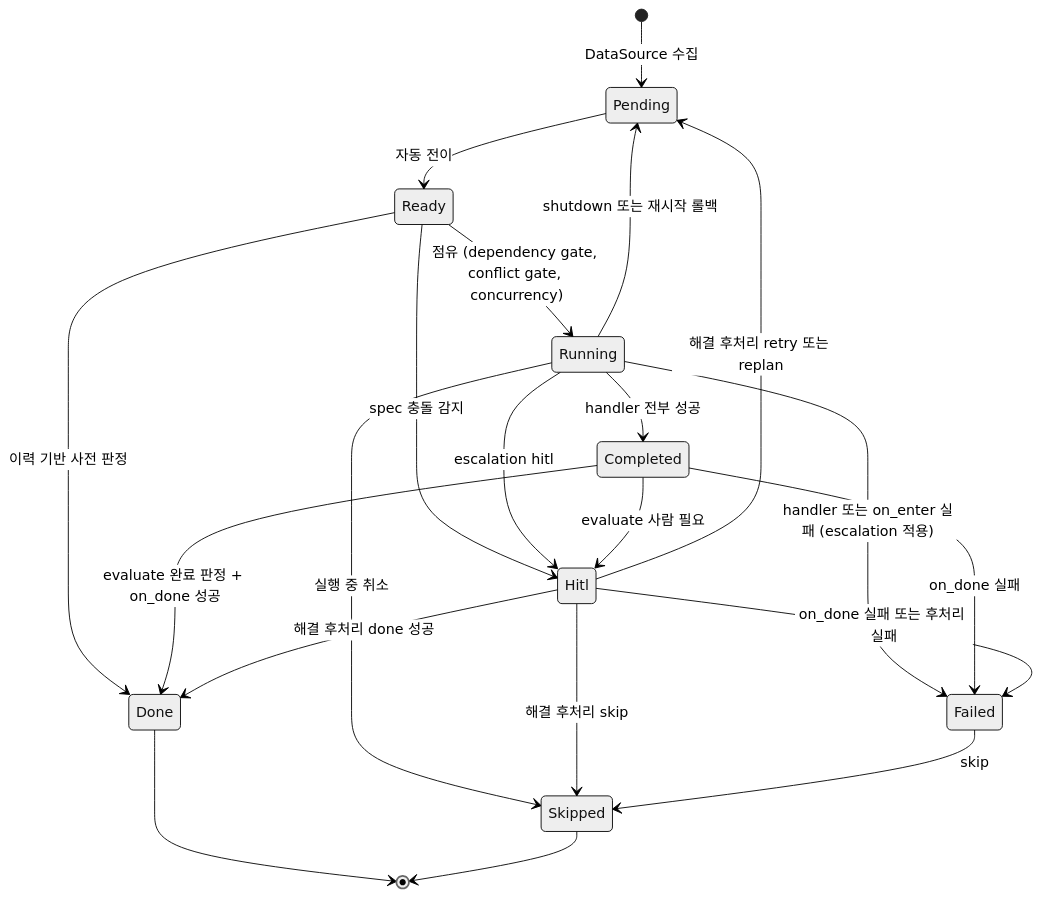
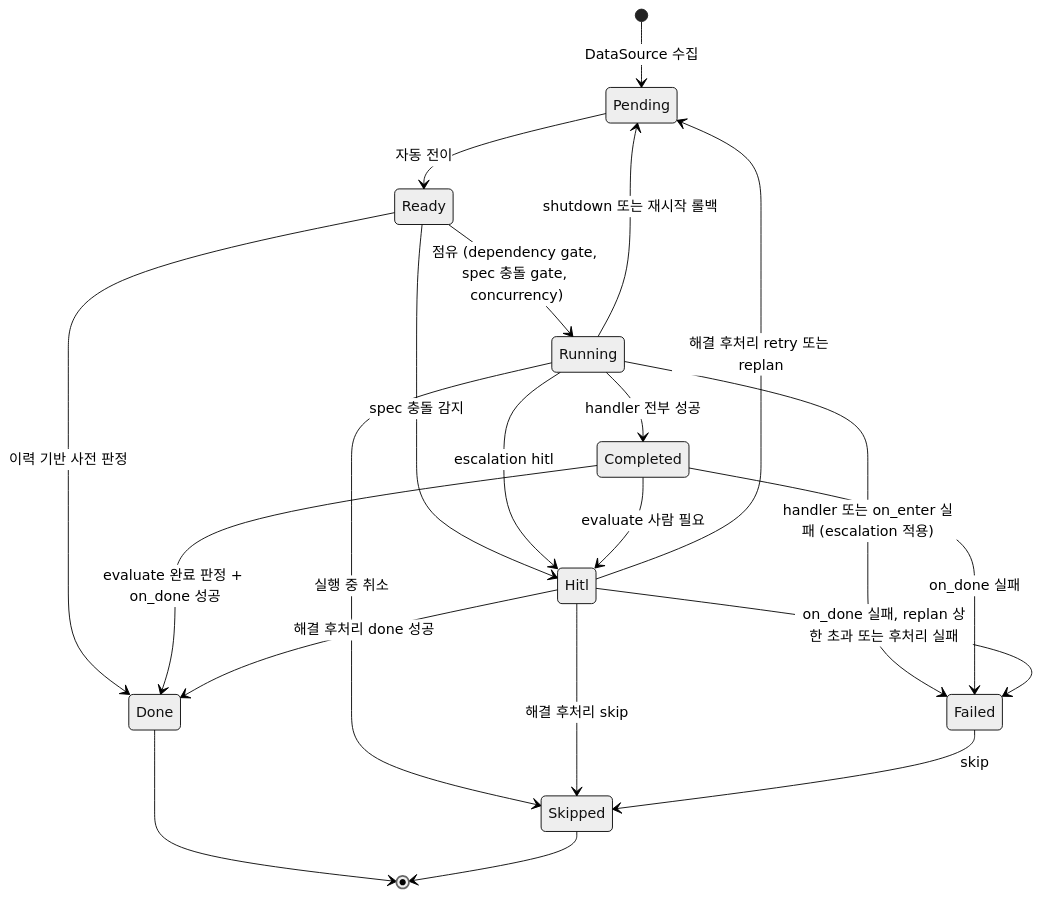
Before and after one commit to kys0213/belt: the second of 5 diagrams in spec/DESIGN.md, drawn with Mermaid (neutral theme). The commit also changed other lines of this file and 5 other files, not shown here.

Commit message:
docs(spec): address design/flows review and settle replan-over-cap outcome

````diff
--- a/spec/DESIGN.md
+++ b/spec/DESIGN.md
@@ -158,27 +158,27 @@
 ```mermaid
 stateDiagram-v2
     [*] --> Pending: DataSource 수집
     Pending --> Ready: 자동 전이
-    Ready --> Running: 점유 (dependency gate, conflict gate, concurrency)
+    Ready --> Running: 점유 (dependency gate, spec 충돌 gate, concurrency)
     Ready --> Hitl: spec 충돌 감지
     Ready --> Done: 이력 기반 사전 판정
 
     Running --> Completed: handler 전부 성공
     Running --> Failed: handler 또는 on_enter 실패 (escalation 적용)
     Running --> Hitl: escalation hitl
     Running --> Skipped: 실행 중 취소
     Running --> Pending: shutdown 또는 재시작 롤백
 
     Completed --> Done: evaluate 완료 판정 + on_done 성공
     Completed --> Failed: on_done 실패
     Completed --> Hitl: evaluate 사람 필요
 
     Hitl --> Done: 해결 후처리 done 성공
     Hitl --> Skipped: 해결 후처리 skip
     Hitl --> Pending: 해결 후처리 retry 또는 replan
-    Hitl --> Failed: on_done 실패 또는 후처리 실패
+    Hitl --> Failed: on_done 실패, replan 상한 초과 또는 후처리 실패
 
     Failed --> Skipped: skip
     Done --> [*]
     Skipped --> [*]
 ```
````
